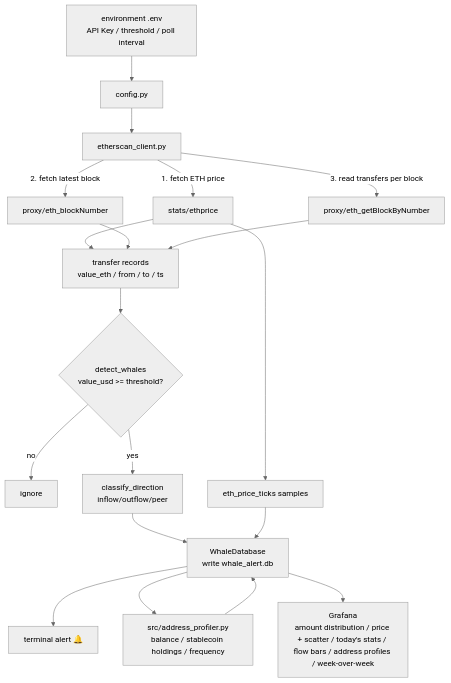
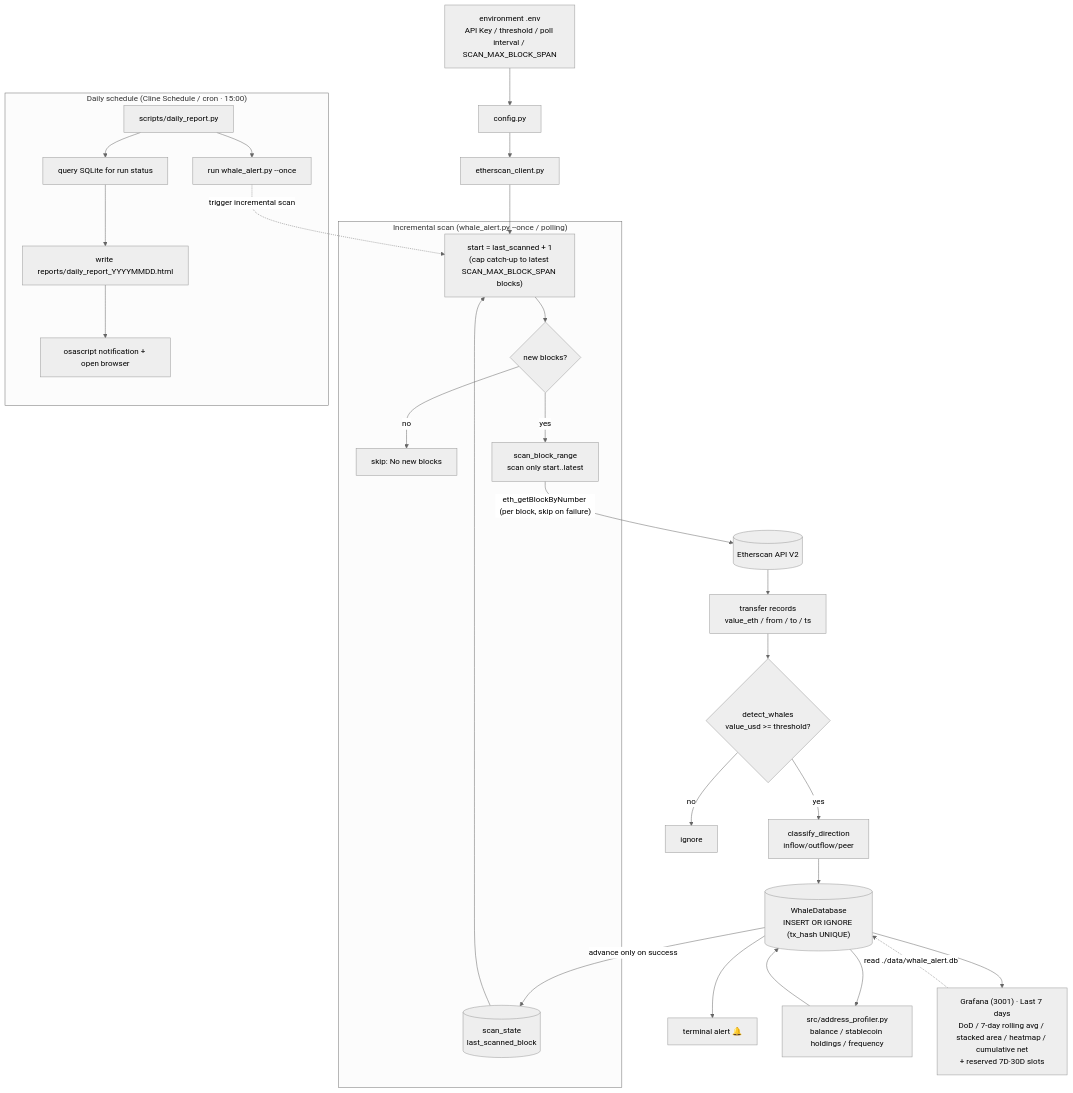
The second of 2 diagrams in README_en.md (DingBangBang/whale-alert-system), drawn with Mermaid (neutral theme) before and after one commit. The commit also changed other lines of this file and 1 other file, not shown here.

Commit message:
docs(readme): update architecture & data-flow diagrams to reflect incremental features (scan_state checkpoint, INSERT OR IGNORE, daily schedule, daily_report, time-series panels, port 3001)

````diff
--- a/README_en.md
+++ b/README_en.md
@@ -169,19 +180,40 @@
 ```mermaid
 flowchart TD
-    A["environment .env<br/>API Key / threshold / poll interval"] --> B[config.py]
+    A["environment .env<br/>API Key / threshold / poll interval / SCAN_MAX_BLOCK_SPAN"] --> B[config.py]
     B --> C[etherscan_client.py]
-    C -->|1. fetch ETH price| E1["stats/ethprice"]
-    C -->|2. fetch latest block| E2["proxy/eth_blockNumber"]
-    C -->|3. read transfers per block| E3["proxy/eth_getBlockByNumber"]
-    E1 & E2 & E3 --> D["transfer records<br/>value_eth / from / to / ts"]
+
+    subgraph Inc["Incremental scan (whale_alert.py --once / polling)"]
+        ST[("scan_state<br/>last_scanned_block")]
+        R1["start = last_scanned + 1<br/>(cap catch-up to latest SCAN_MAX_BLOCK_SPAN blocks)"]
+        R2{"new blocks?"}
+        R3["skip: No new blocks"]
+        R4["scan_block_range<br/>scan only start..latest"]
+    end
+
+    C --> R1
+    ST --> R1
+    R1 --> R2
+    R2 -- "no" --> R3
+    R2 -- "yes" --> R4
+    R4 -->|"eth_getBlockByNumber (per block, skip on failure)"| ES[("Etherscan API V2")]
+    ES --> D["transfer records<br/>value_eth / from / to / ts"]
     D --> F{"detect_whales<br/>value_usd >= threshold?"}
     F -- "no" --> X["ignore"]
     F -- "yes" --> H["classify_direction<br/>inflow/outflow/peer"]
-    H --> I[WhaleDatabase<br/>write whale_alert.db]
+    H --> I[("WhaleDatabase<br/>INSERT OR IGNORE (tx_hash UNIQUE)")]
     I --> J["terminal alert 🔔"]
-    I --> R[src/address_profiler.py<br/>balance / stablecoin holdings / frequency]
-    R --> I
+    I --> RP2[src/address_profiler.py<br/>balance / stablecoin holdings / frequency]
+    RP2 --> I
+    I -->|"advance only on success"| ST
 
-    E1 --> Pt["eth_price_ticks samples"] --> I
-    I --> K["Grafana<br/>amount distribution / price + scatter / today's stats / flow bars / address profiles / week-over-week"]
+    subgraph Sched["Daily schedule (Cline Schedule / cron · 15:00)"]
+        S1["scripts/daily_report.py"] --> S2["run whale_alert.py --once"]
+        S1 --> S3["query SQLite for run status"]
+        S3 --> S4["write reports/daily_report_YYYYMMDD.html"]
+        S4 --> S5["osascript notification + open browser"]
+    end
+    S2 -. "trigger incremental scan" .-> R1
+
+    I --> K["Grafana (3001) · Last 7 days<br/>DoD / 7-day rolling avg / stacked area / heatmap / cumulative net<br/>+ reserved 7D·30D slots"]
+    K -. "read ./data/whale_alert.db" .-> I
 ```
````
